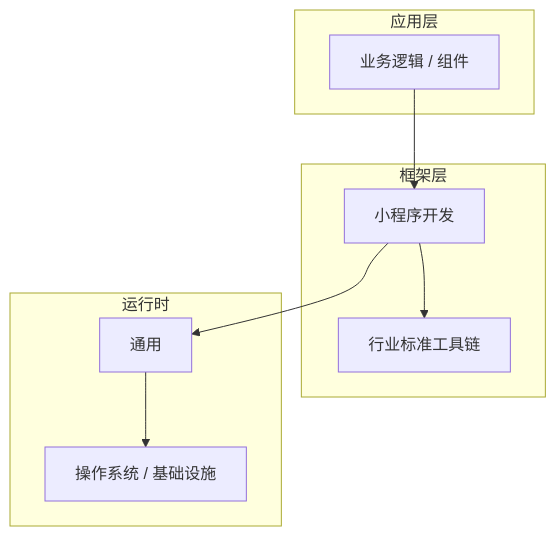
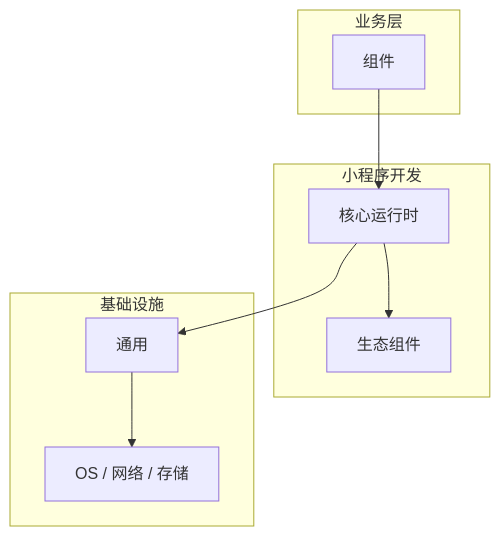
One commit to yanggan2015/knowledge-json-v2 changed the diagram in articles/小程序开发/chapters/027-组件核心概念与原理.md. Above: the diagram before and after it, drawn with Mermaid. The commit also changed other lines of this file and 10127 other files, not shown here.

````diff
--- a/articles/小程序开发/chapters/027-组件核心概念与原理.md
+++ b/articles/小程序开发/chapters/027-组件核心概念与原理.md
@@ -45,18 +34,18 @@
 ```mermaid
 graph TB
-    subgraph 应用层
-        A[业务逻辑 / 组件]
+    subgraph 业务层
+        A[组件]
     end
-    subgraph 框架层
-        B[小程序开发]
-        C[行业标准工具链]
+    subgraph 小程序开发
+        B[核心运行时]
+        C[生态组件]
     end
-    subgraph 运行时
+    subgraph 基础设施
         D[通用]
-        E[操作系统 / 基础设施]
+        E[OS / 网络 / 存储]
     end
     A --> B
     B --> C
     B --> D
     D --> E
 ```
````
